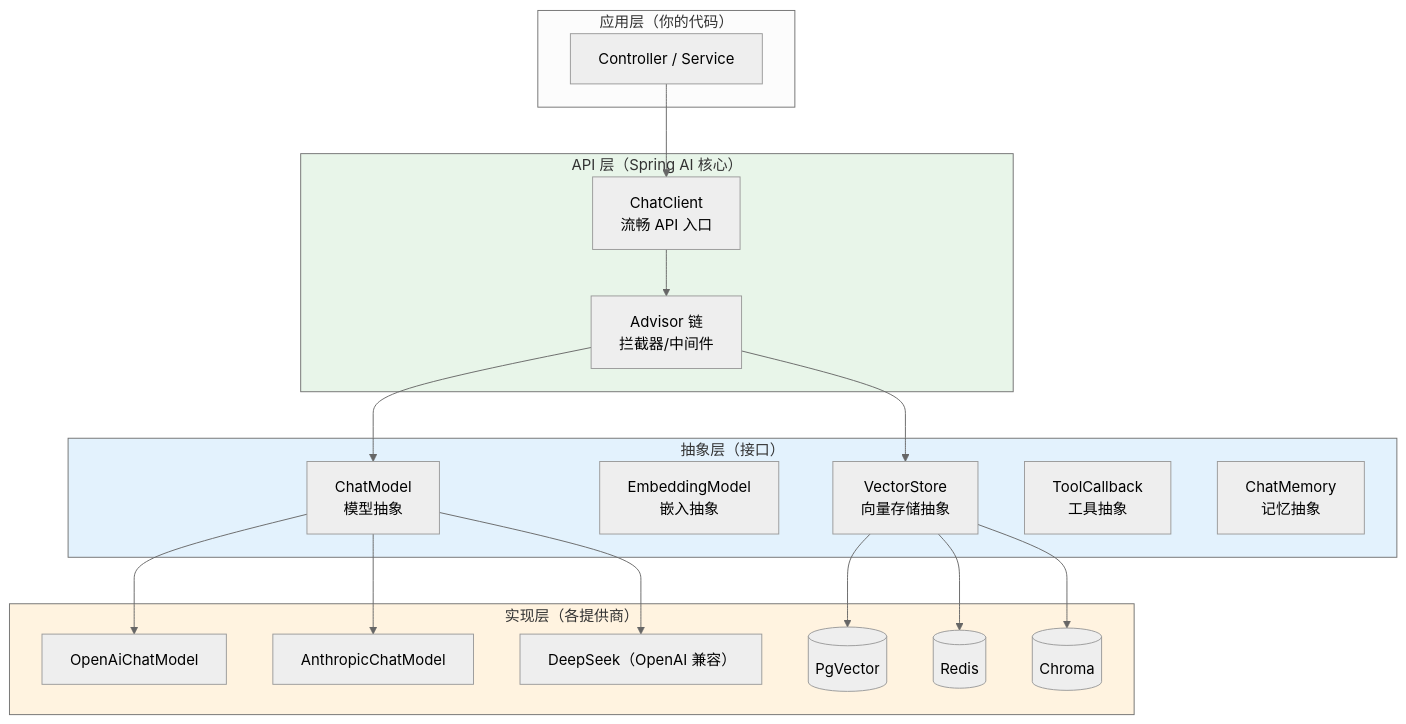
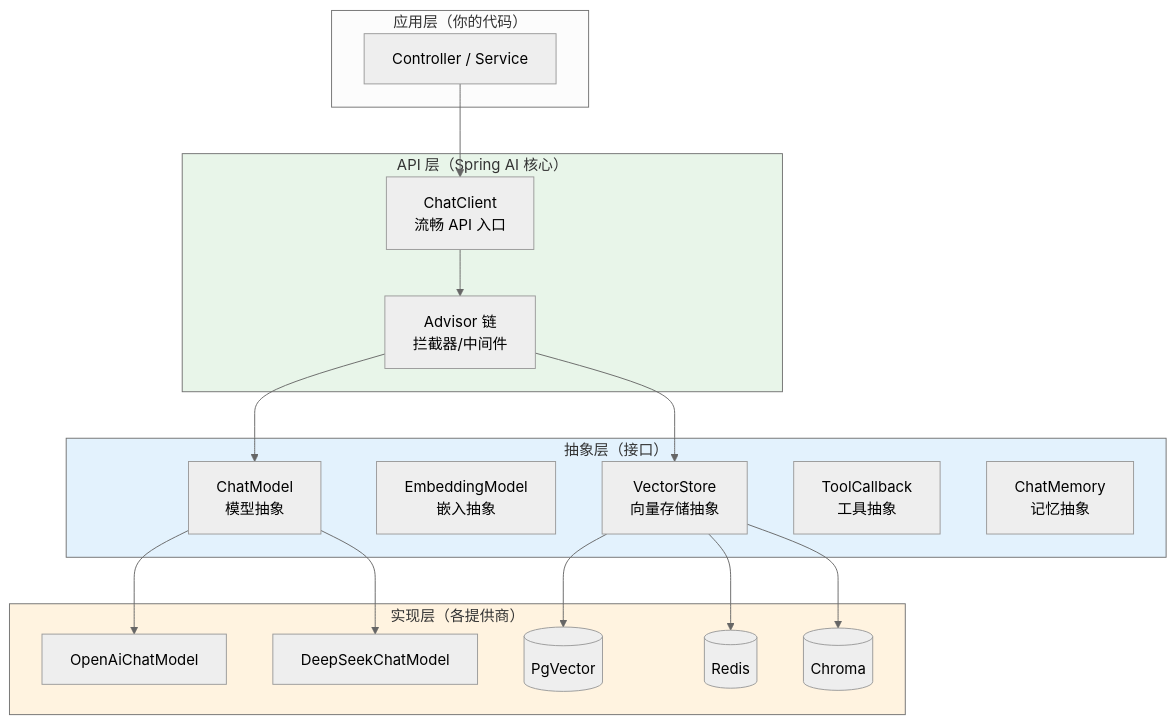
One commit to UranusGit/java-agent-learn changed the second of 4 diagrams in docs/教程/01-Spring-AI框架入门.md. Above: the diagram before and after it, drawn with Mermaid (neutral theme). The commit also changed other lines of this file and 244 other files, not shown here.

````diff
--- a/docs/教程/01-Spring-AI框架入门.md
+++ b/docs/教程/01-Spring-AI框架入门.md
@@ -201,43 +200,41 @@
 ```mermaid
 graph TB
     subgraph 应用层["应用层（你的代码）"]
         APP["Controller / Service"]
     end
 
     subgraph API层["API 层（Spring AI 核心）"]
         CC["ChatClient<br/>流畅 API 入口"]
         ADV["Advisor 链<br/>拦截器/中间件"]
     end
 
     subgraph 抽象层["抽象层（接口）"]
         CM["ChatModel<br/>模型抽象"]
         EM["EmbeddingModel<br/>嵌入抽象"]
         VS["VectorStore<br/>向量存储抽象"]
         TC["ToolCallback<br/>工具抽象"]
         MEM["ChatMemory<br/>记忆抽象"]
     end
 
     subgraph 实现层["实现层（各提供商）"]
         OA["OpenAiChatModel"]
-        AN["AnthropicChatModel"]
-        DS["DeepSeek（OpenAI 兼容）"]
+        AN["DeepSeekChatModel"]
         PG[("PgVector")]
         RD[("Redis")]
         CH[("Chroma")]
     end
 
     APP --> CC
     CC --> ADV
     ADV --> CM
     CM --> OA
     CM --> AN
-    CM --> DS
     ADV --> VS
     VS --> PG
     VS --> RD
     VS --> CH
 
     style API层 fill:#e8f5e9
     style 抽象层 fill:#e3f2fd
     style 实现层 fill:#fff3e0
 ```
````
